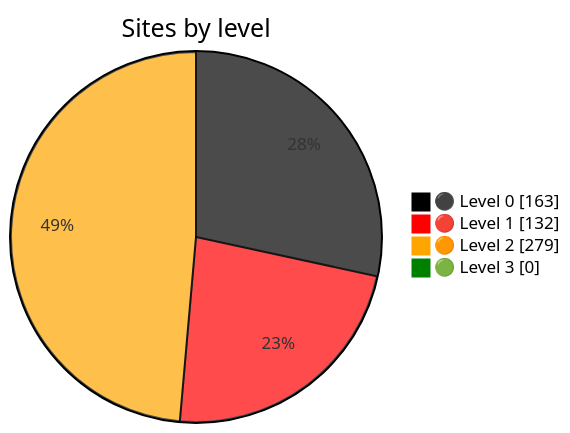
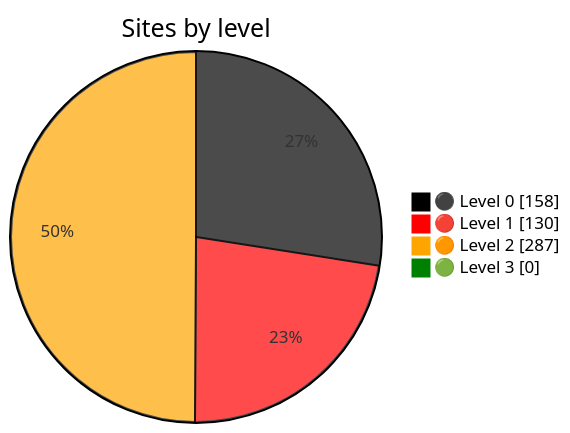
One commit to nuuuwan/gov_lk_web_auditor changed the diagram in README.md. Above: the diagram before and after it, drawn with Mermaid. The commit also changed other lines of this file and 2592 other files, not shown here.

````diff
--- a/README.md
+++ b/README.md
@@ -24,9 +24,9 @@
 ```mermaid
 %%{init: {"themeVariables":{"pie1":"black","pie2":"red","pie3":"orange","pie4":"green"}}}%%
 pie showData
     title Sites by level
-    "⚫ Level 0" : 163
-    "🔴 Level 1" : 132
-    "🟠 Level 2" : 279
+    "⚫ Level 0" : 158
+    "🔴 Level 1" : 130
+    "🟠 Level 2" : 287
     "🟢 Level 3" : 0
 ```
````
